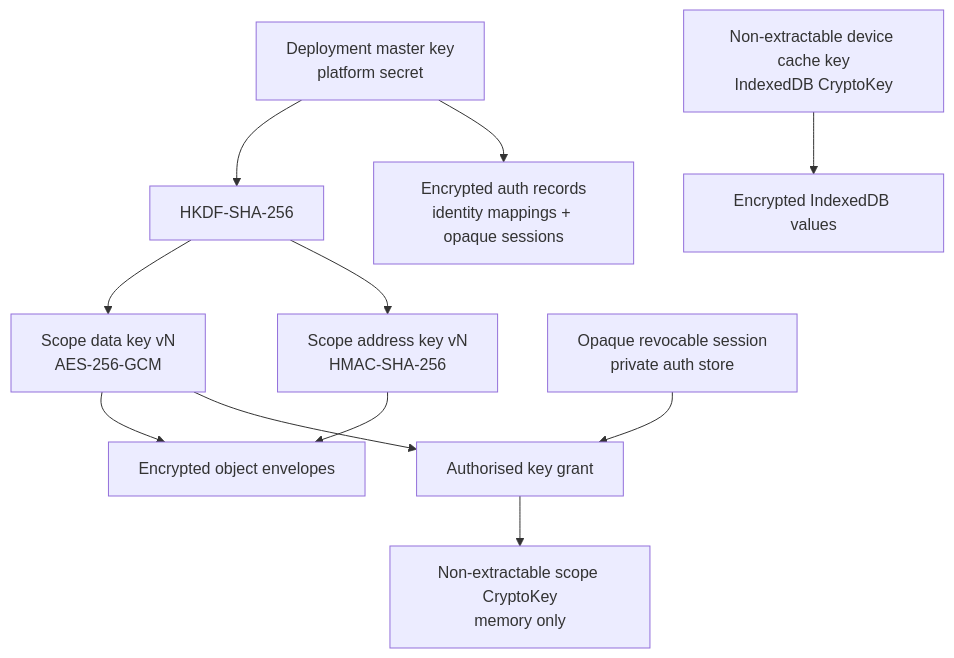
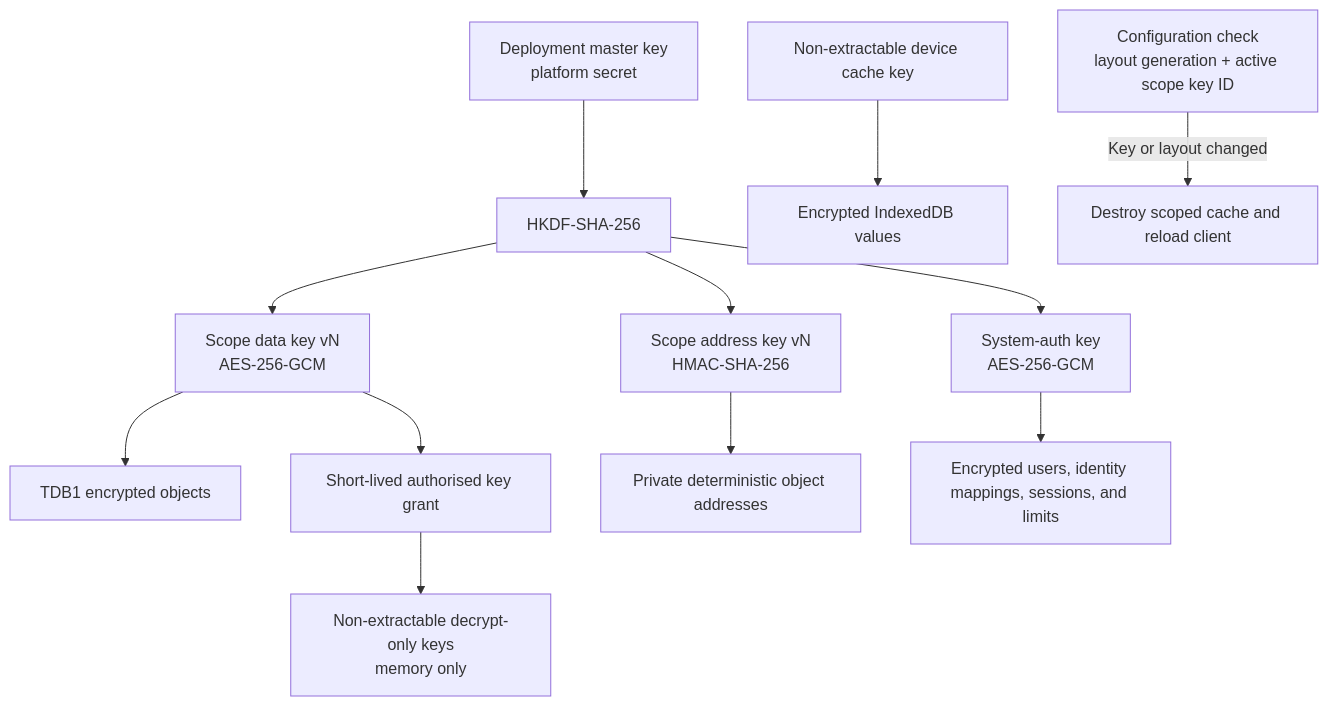
Before and after one commit to Jason-Doyle/thimble: the sixth of 12 diagrams in docs/DIAGRAMS.md, drawn with Mermaid. The commit also changed other lines of this file and 96 other files, not shown here.

````diff
--- a/docs/DIAGRAMS.md
+++ b/docs/DIAGRAMS.md
@@ -134,25 +203,28 @@
 ```mermaid
 flowchart TD
   Master["Deployment master key<br/>platform secret"]
   HKDF["HKDF-SHA-256"]
-  ScopeData["Scope data key vN<br/>AES-256-GCM"]
-  ScopeAddress["Scope address key vN<br/>HMAC-SHA-256"]
-  Grant["Authorised key grant"]
-  BrowserKey["Non-extractable scope CryptoKey<br/>memory only"]
-  DeviceKey["Non-extractable device cache key<br/>IndexedDB CryptoKey"]
+  DataKey["Scope data key vN<br/>AES-256-GCM"]
+  AddressKey["Scope address key vN<br/>HMAC-SHA-256"]
+  AuthKey["System-auth key<br/>AES-256-GCM"]
+  Objects["TDB1 encrypted objects"]
+  Addresses["Private deterministic object addresses"]
+  AuthRecords["Encrypted users, identity mappings, sessions, and limits"]
+  Grant["Short-lived authorised key grant"]
+  BrowserKeys["Non-extractable decrypt-only keys<br/>memory only"]
+  DeviceKey["Non-extractable device cache key"]
   Persistent["Encrypted IndexedDB values"]
-  Objects["Encrypted object envelopes"]
-  AuthStore["Encrypted auth records<br/>identity mappings + opaque sessions"]
+  ConfigCheck["Configuration check<br/>layout generation + active scope key ID"]
+  Reload["Destroy scoped cache and reload client"]
 
   Master --> HKDF
-  HKDF --> ScopeData
-  HKDF --> ScopeAddress
-  ScopeData --> Objects
-  ScopeAddress --> Objects
-  Master --> AuthStore
-  ScopeData --> Grant
-  Grant --> BrowserKey
+  HKDF --> DataKey
+  HKDF --> AddressKey
+  HKDF --> AuthKey
+  DataKey --> Objects
+  AddressKey --> Addresses
+  AuthKey --> AuthRecords
+  DataKey --> Grant --> BrowserKeys
   DeviceKey --> Persistent
-  SessionRecord["Opaque revocable session<br/>private auth store"]
-  SessionRecord --> Grant
+  ConfigCheck -- "Key or layout changed" --> Reload
 ```
````
